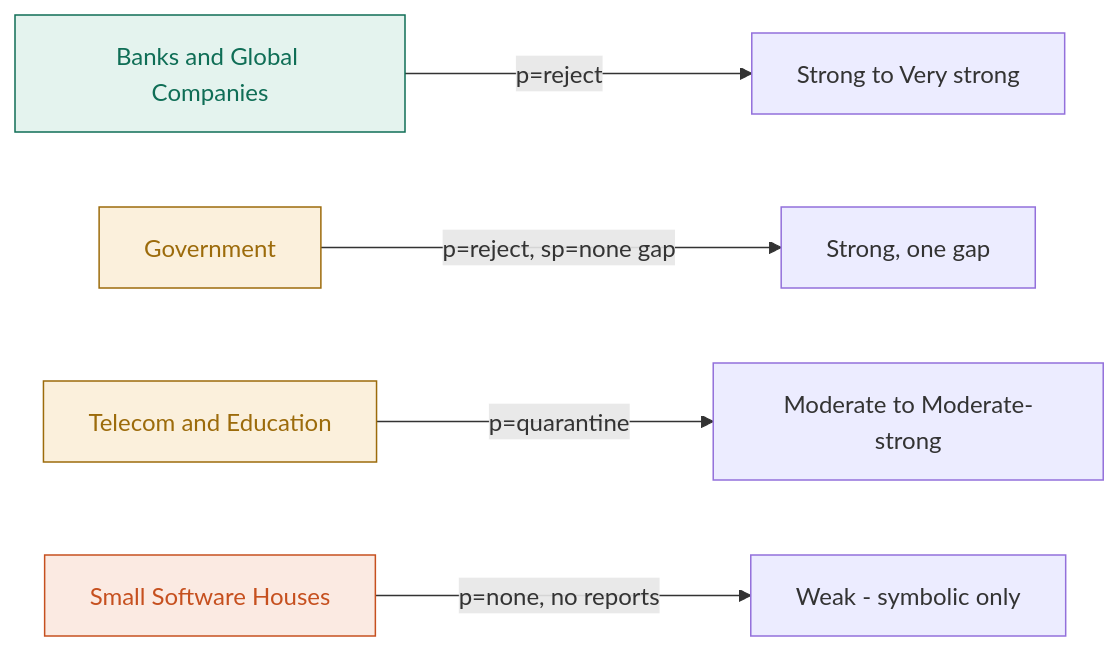
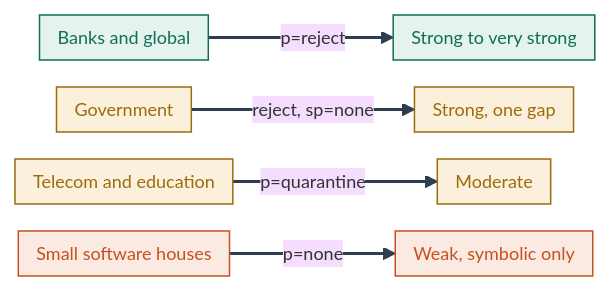
One commit to malaika-azhar/Real-World-Tier2-Support-Projects changed the fourth of 7 diagrams in project-2-live-email-security-audit/README.md. Above: the diagram before and after it, drawn with Mermaid. The commit also changed other lines of this file, not shown here.

````diff
--- a/project-2-live-email-security-audit/README.md
+++ b/project-2-live-email-security-audit/README.md
@@ -505,11 +525,12 @@
 ```mermaid
+%%{init: {'theme': 'base', 'themeVariables': {'fontSize': '12px'}, 'flowchart': {'nodeSpacing': 18, 'rankSpacing': 26, 'padding': 6}}}%%
 flowchart LR
-    A[Banks and Global Companies]:::strong -->|p=reject| S1[Strong to Very strong]
-    G[Government]:::moderate -->|p=reject, sp=none gap| S4[Strong, one gap]
-    B[Telecom and Education]:::moderate -->|p=quarantine| S2[Moderate to Moderate-strong]
-    C[Small Software Houses]:::weak -->|p=none, no reports| S3[Weak - symbolic only]
-
+    A["Banks and global"]:::strong -->|p=reject| S1["Strong to very strong"]:::strong
+    G["Government"]:::moderate -->|"reject, sp=none"| S4["Strong, one gap"]:::moderate
+    B["Telecom and education"]:::moderate -->|p=quarantine| S2["Moderate"]:::moderate
+    C["Small software houses"]:::weak -->|p=none| S3["Weak, symbolic only"]:::weak
     classDef strong fill:#E4F3EE,stroke:#0F6E56,color:#0F6E56
     classDef moderate fill:#FBF0DC,stroke:#9C6B0B,color:#9C6B0B
     classDef weak fill:#FBEAE2,stroke:#C6501F,color:#C6501F
+    linkStyle default stroke:#2C3E50,stroke-width:2px
 ```
````
